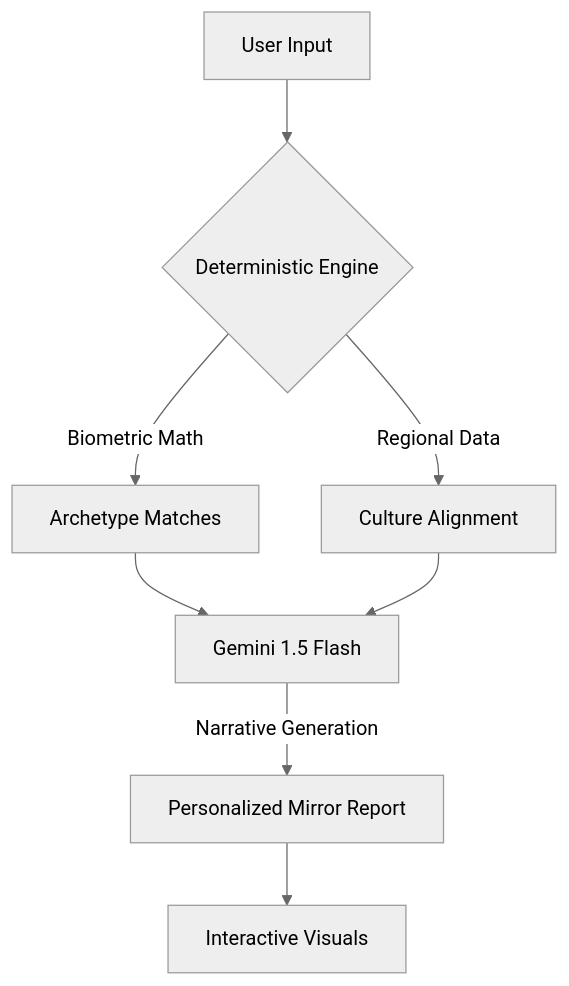
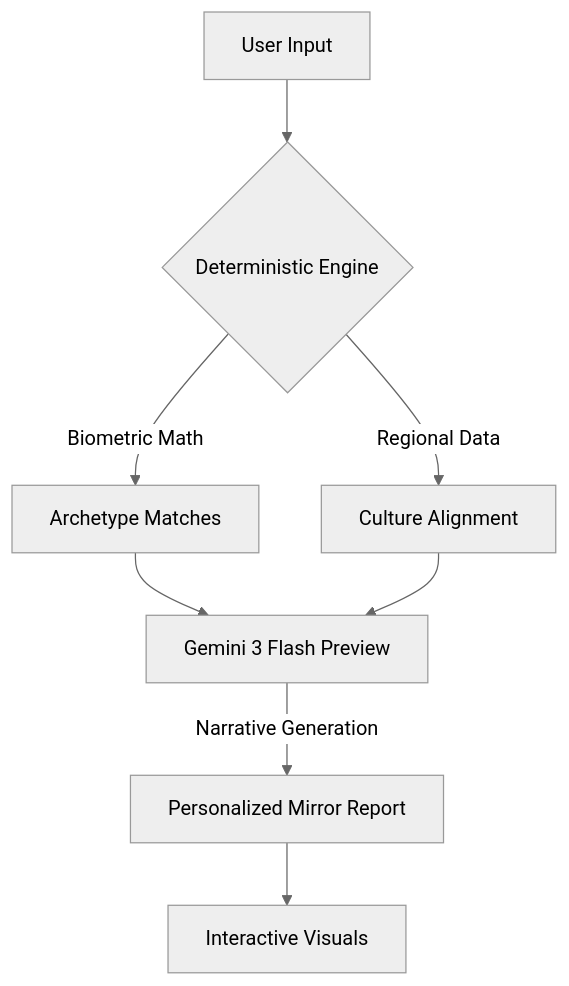
One commit to Sukanya41455/digital-mirror changed the diagram in README.md. Above: the diagram before and after it, drawn with Mermaid (neutral theme).

Commit message:
change model

````diff
--- a/README.md
+++ b/README.md
@@ -46,9 +46,9 @@
 ```mermaid
 graph TD
     A[User Input] --> B{Deterministic Engine}
     B -->|Biometric Math| C[Archetype Matches]
     B -->|Regional Data| D[Culture Alignment]
-    C & D --> E[Gemini 1.5 Flash]
+    C & D --> E[Gemini 3 Flash Preview]
     E -->|Narrative Generation| F[Personalized Mirror Report]
     F --> G[Interactive Visuals]
 ```
````
